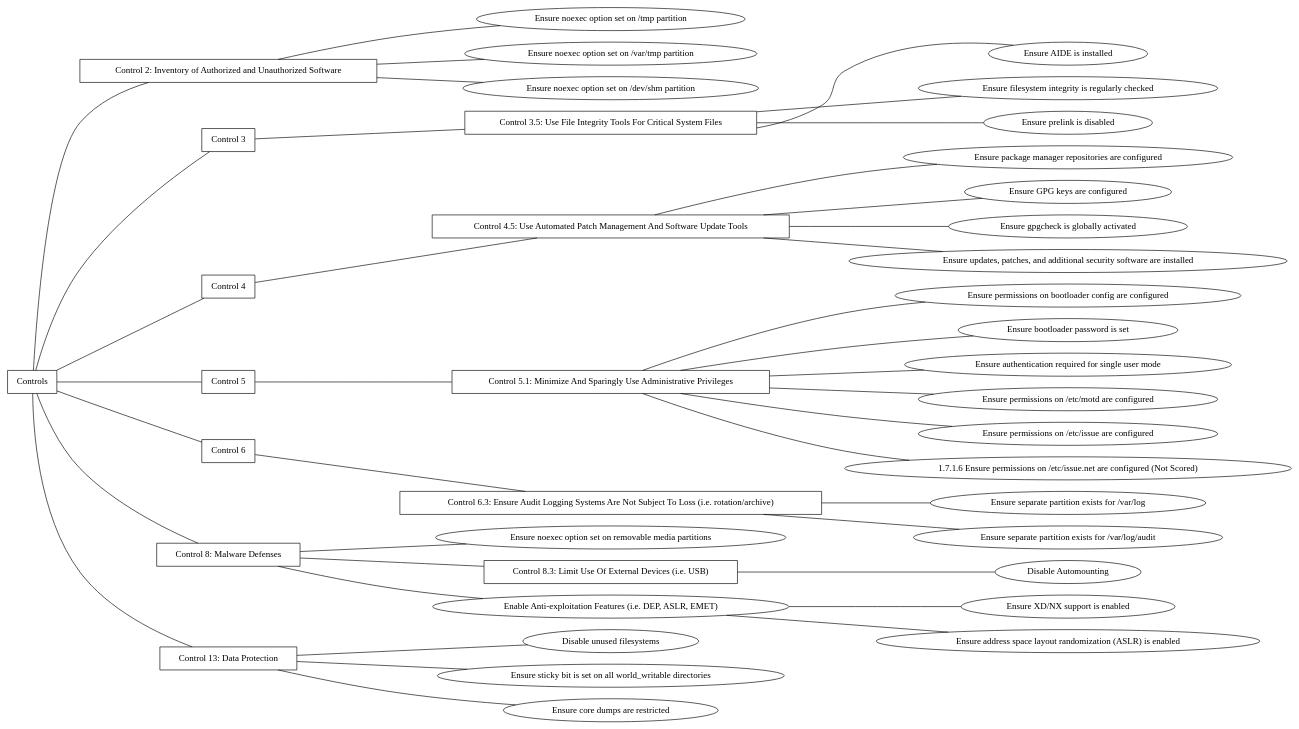
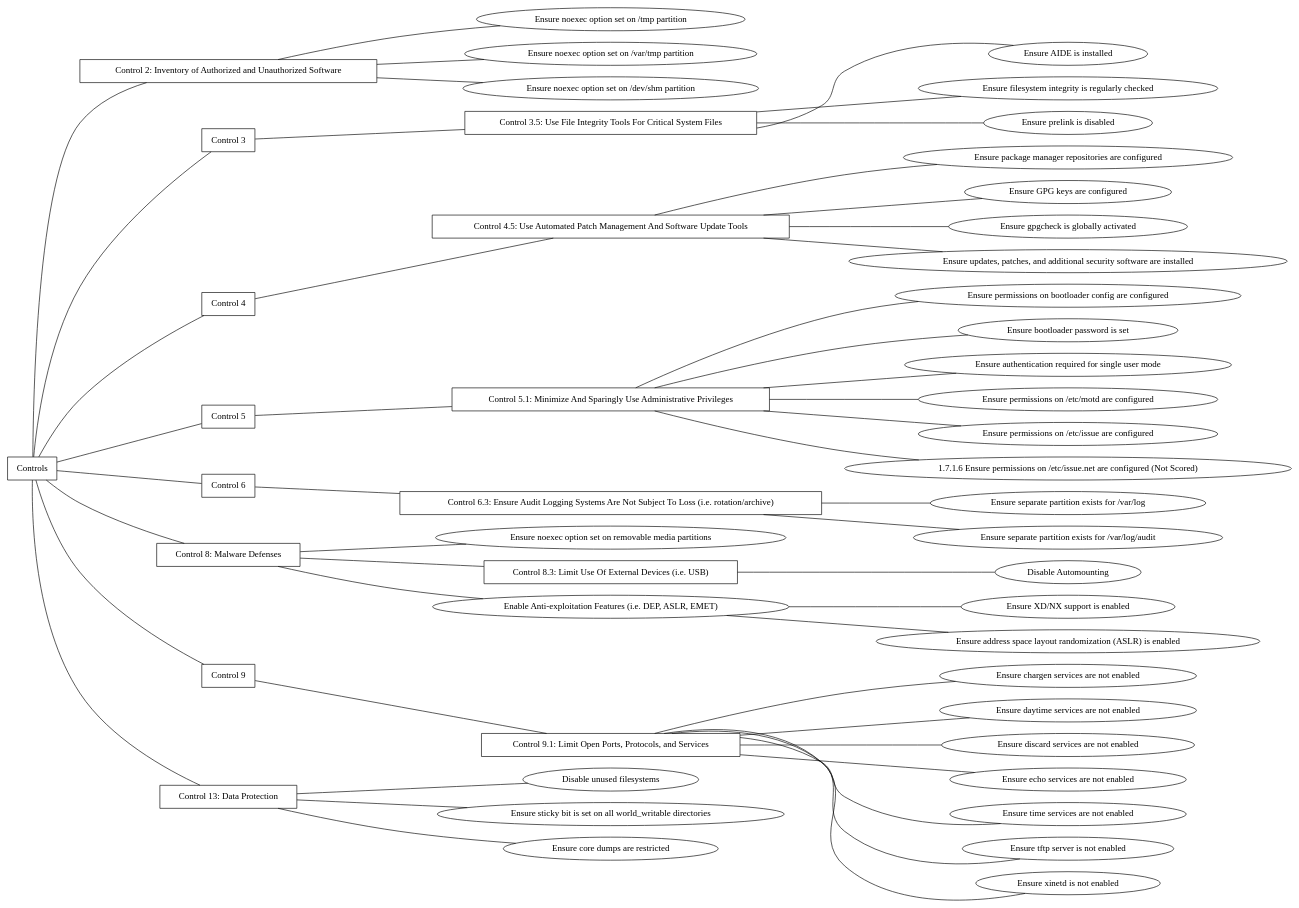
The diagram in control-examples.dot (cyber-range/cis-controls), drawn with Graphviz before and after one commit.

Commit message:
Add control 9 actionable

```diff
--- a/control-examples.dot
+++ b/control-examples.dot
@@ -1,95 +1,116 @@
 graph controls {
     rankdir=LR;
 
     controls [label="Controls", shape=box]
 
     control_2 [label="Control 2: Inventory of Authorized and Unauthorized Software", shape=box]
     controls -- control_2
 
     tmp_noexec [label="Ensure noexec option set on /tmp partition"]
     control_2 -- tmp_noexec
     var_tmp_noexec [label="Ensure noexec option set on /var/tmp partition"]
     control_2 -- var_tmp_noexec
     dev_shm_noexec [label="Ensure noexec option set on /dev/shm partition"]
     control_2 -- dev_shm_noexec
 
     control_3 [label="Control 3", shape=box]
     controls -- control_3
 
     control_3_5 [label="Control 3.5: Use File Integrity Tools For Critical System Files", shape=box]
     control_3 -- control_3_5
     install_AIDE [label="Ensure AIDE is installed"]
     control_3_5 -- install_AIDE
     integrity_check [label="Ensure filesystem integrity is regularly checked"]
     control_3_5 -- integrity_check
     prelink [label="Ensure prelink is disabled"]
     control_3_5 -- prelink
 
     control_4 [label="Control 4", shape=box]
     controls -- control_4
 
     control_4_5 [label="Control 4.5: Use Automated Patch Management And Software Update Tools", shape=box]
     control_4 -- control_4_5
     config_yum [label="Ensure package manager repositories are configured"]
     control_4_5 -- config_yum
     yum_gpg [label="Ensure GPG keys are configured"]
     control_4_5 -- yum_gpg
     yum_gpg_check [label="Ensure gpgcheck is globally activated"]
     control_4_5 -- yum_gpg_check
     yum_security_update [label="Ensure updates, patches, and additional security software are installed"]
     control_4_5 -- yum_security_update
 
     control_5 [label="Control 5", shape=box]
     controls -- control_5
 
     control_5_1 [label="Control 5.1: Minimize And Sparingly Use Administrative Privileges", shape=box]
     control_5 -- control_5_1
     bootloader_perms [label="Ensure permissions on bootloader config are configured"]
     control_5_1 -- bootloader_perms
     bootloader_passwd [label="Ensure bootloader password is set"]
     control_5_1 -- bootloader_passwd
     single_user_mode_auth [label="Ensure authentication required for single user mode"]
     control_5_1 -- single_user_mode_auth
     etc_motd_perms [label="Ensure permissions on /etc/motd are configured"]
     control_5_1 -- etc_motd_perms
     etc_issue_perms [label="Ensure permissions on /etc/issue are configured"]
     control_5_1 -- etc_issue_perms
     etc_issuenet_perms [label="1.7.1.6 Ensure permissions on /etc/issue.net are configured (Not Scored)"]
     control_5_1 -- etc_issuenet_perms
 
     control_6 [label="Control 6", shape=box]
     controls -- control_6
 
     control_6_3 [label="Control 6.3: Ensure Audit Logging Systems Are Not Subject To Loss (i.e. rotation/archive)", shape=box]
     control_6 -- control_6_3
     var_log_partition [label="Ensure separate partition exists for /var/log"]
     control_6_3 -- var_log_partition
     var_log_audit_partition [label="Ensure separate partition exists for /var/log/audit"]
     control_6_3 -- var_log_audit_partition
 
     control_8 [label="Control 8: Malware Defenses", shape=box]
     controls -- control_8
     removable_media_noexec [label="Ensure noexec option set on removable media partitions"]
     control_8 -- removable_media_noexec
 
     control_8_3  [label="Control 8.3: Limit Use Of External Devices (i.e. USB)", shape=box]
     control_8 -- control_8_3
     disable_automounting [label="Disable Automounting"]
     control_8_3 -- disable_automounting
 
     control_8_4 [label="Enable Anti-exploitation Features (i.e. DEP, ASLR, EMET)"]
     control_8 -- control_8_4
     no_execute [label="Ensure XD/NX support is enabled"]
     control_8_4 -- no_execute
     aslr [label="Ensure address space layout randomization (ASLR) is enabled"]
     control_8_4 -- aslr
 
+    control_9 [label="Control 9", shape=box]
+    controls -- control_9
+
+    control_9_1 [label="Control 9.1: Limit Open Ports, Protocols, and Services", shape=box]
+    control_9 -- control_9_1
+    chargen_disabled [label="Ensure chargen services are not enabled"]
+    control_9_1 -- chargen_disabled
+    daytime_disabled [label="Ensure daytime services are not enabled"]
+    control_9_1 -- daytime_disabled
+    discard_disabled [label="Ensure discard services are not enabled"]
+    control_9_1 -- discard_disabled
+    echo_disabled [label="Ensure echo services are not enabled"]
+    control_9_1 -- echo_disabled
+    time_disabled [label="Ensure time services are not enabled"]
+    control_9_1 -- time_disabled
+    tftp_disabled [label="Ensure tftp server is not enabled"]
+    control_9_1 -- tftp_disabled
+    xinetd_disabled [label="Ensure xinetd is not enabled"]
+    control_9_1 -- xinetd_disabled
+
+
     control_13 [label="Control 13: Data Protection", shape=box]
     controls -- control_13
     disbale_fs [label="Disable unused filesystems"]
     control_13 -- disbale_fs
     sticky_bit [label="Ensure sticky bit is set on all world_writable directories"]
     control_13 -- sticky_bit
     core_dump [label="Ensure core dumps are restricted"]
     control_13 -- core_dump
 }
```
